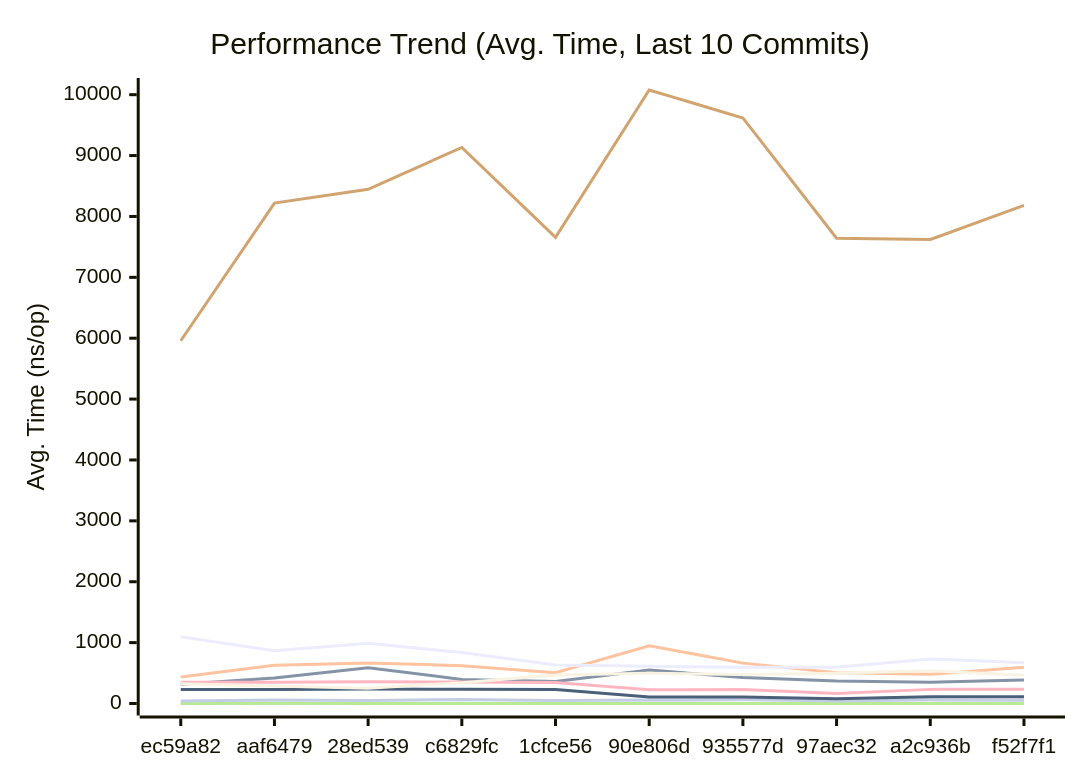
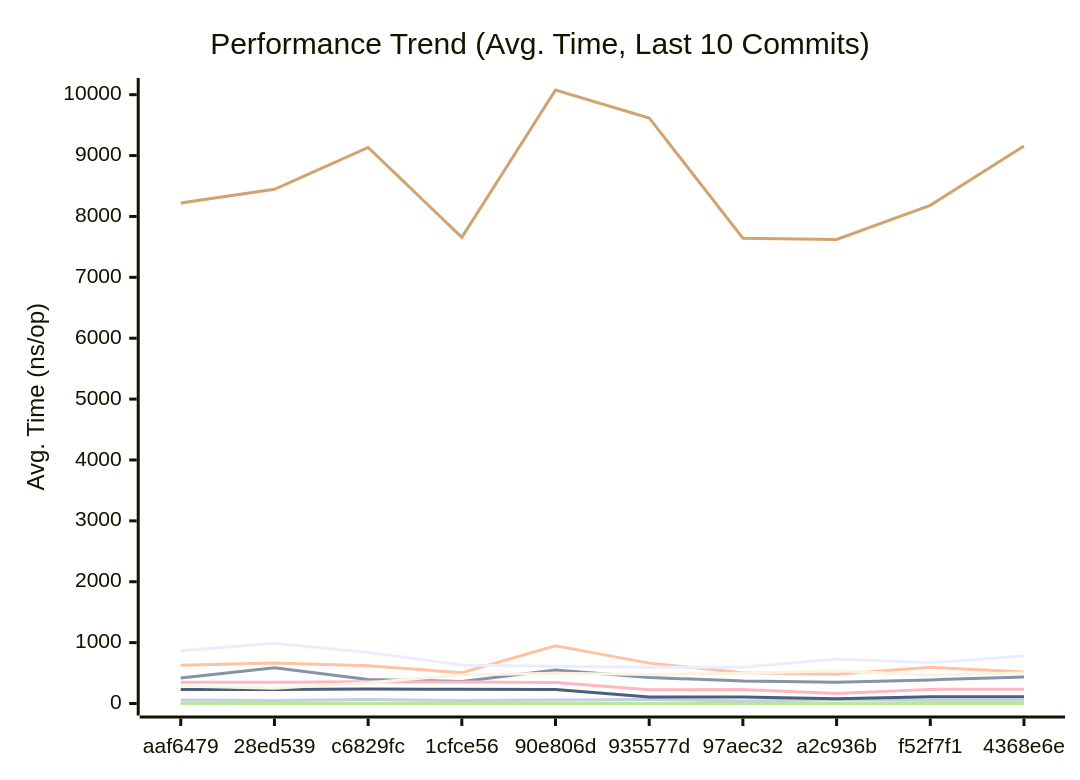
Before and after one commit to alsotoes/momo: the first of 3 diagrams in docs/PERFORMANCE.md, drawn with Mermaid. The commit also changed other lines of this file and 4 other files, not shown here.

````diff
--- a/docs/PERFORMANCE.md
+++ b/docs/PERFORMANCE.md
@@ -128,18 +128,18 @@
 ```mermaid
 xychart-beta
     title "Performance Trend (Avg. Time, Last 10 Commits)"
     x-axis "Commit"
     y-axis "Avg. Time (ns/op)"
-    x-axis [ec59a82,aaf6479,28ed539,c6829fc,1cfce56,90e806d,935577d,97aec32,a2c936b,f52f7f1]
-    line "CheckMetricsAndSwap" [10,11,9,9,8,11,10,9,8,10]
-    line "CrushOptimized" [317,420,587,396,363,549,426,370,350,388]
-    line "CrushOriginal" [436,627,667,620,506,949,663,507,479,594]
-    line "IndexDirectTracking" [0,1,0,0,0,0,0,0,0,0]
-    line "IndexSearch" [2,3,2,2,2,2,2,2,2,2]
-    line "LoadGlobalConfig" [5958,8220,8445,9134,7656,10077,9618,7642,7622,8182]
-    line "PadString" [41,59,49,67,48,56,64,43,60,54]
+    x-axis [aaf6479,28ed539,c6829fc,1cfce56,90e806d,935577d,97aec32,a2c936b,f52f7f1,4368e6e]
+    line "CheckMetricsAndSwap" [11,9,9,8,11,10,9,8,10,9]
+    line "CrushOptimized" [420,587,396,363,549,426,370,350,388,436]
+    line "CrushOriginal" [627,667,620,506,949,663,507,479,594,516]
+    line "IndexDirectTracking" [1,0,0,0,0,0,0,0,0,0]
+    line "IndexSearch" [3,2,2,2,2,2,2,2,2,2]
+    line "LoadGlobalConfig" [8220,8445,9134,7656,10077,9618,7642,7622,8182,9158]
+    line "PadString" [59,49,67,48,56,64,43,60,54,52]
     line "ParseReplicationOrder_NoPrealloc" [350,349,357,354,345,225,229,165,232,234]
     line "ParseReplicationOrder_Prealloc" [229,231,237,234,229,108,107,80,110,109]
-    line "SanitizeLog/Safe" [326,287,252,342,470,497,475,497,537,464]
-    line "SanitizeLog/Unsafe" [1095,866,989,838,634,610,596,597,732,668]
+    line "SanitizeLog/Safe" [287,252,342,470,497,475,497,537,464,500]
+    line "SanitizeLog/Unsafe" [866,989,838,634,610,596,597,732,668,782]
 ```
````
